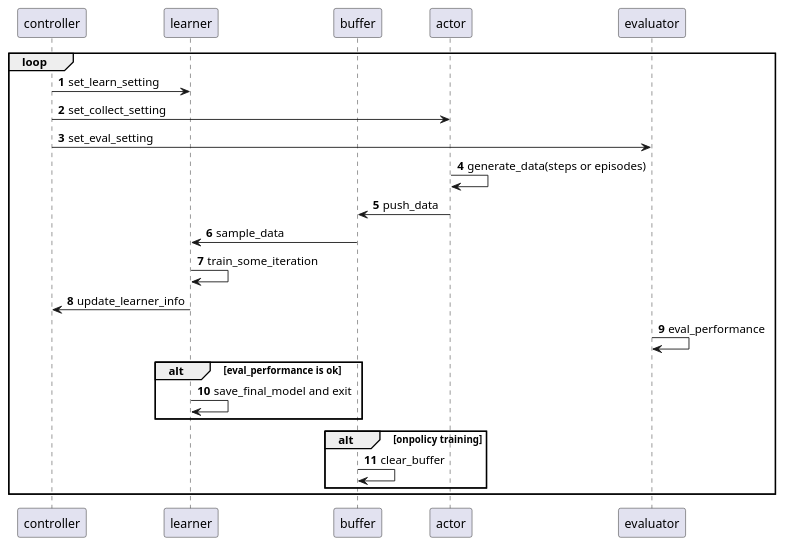
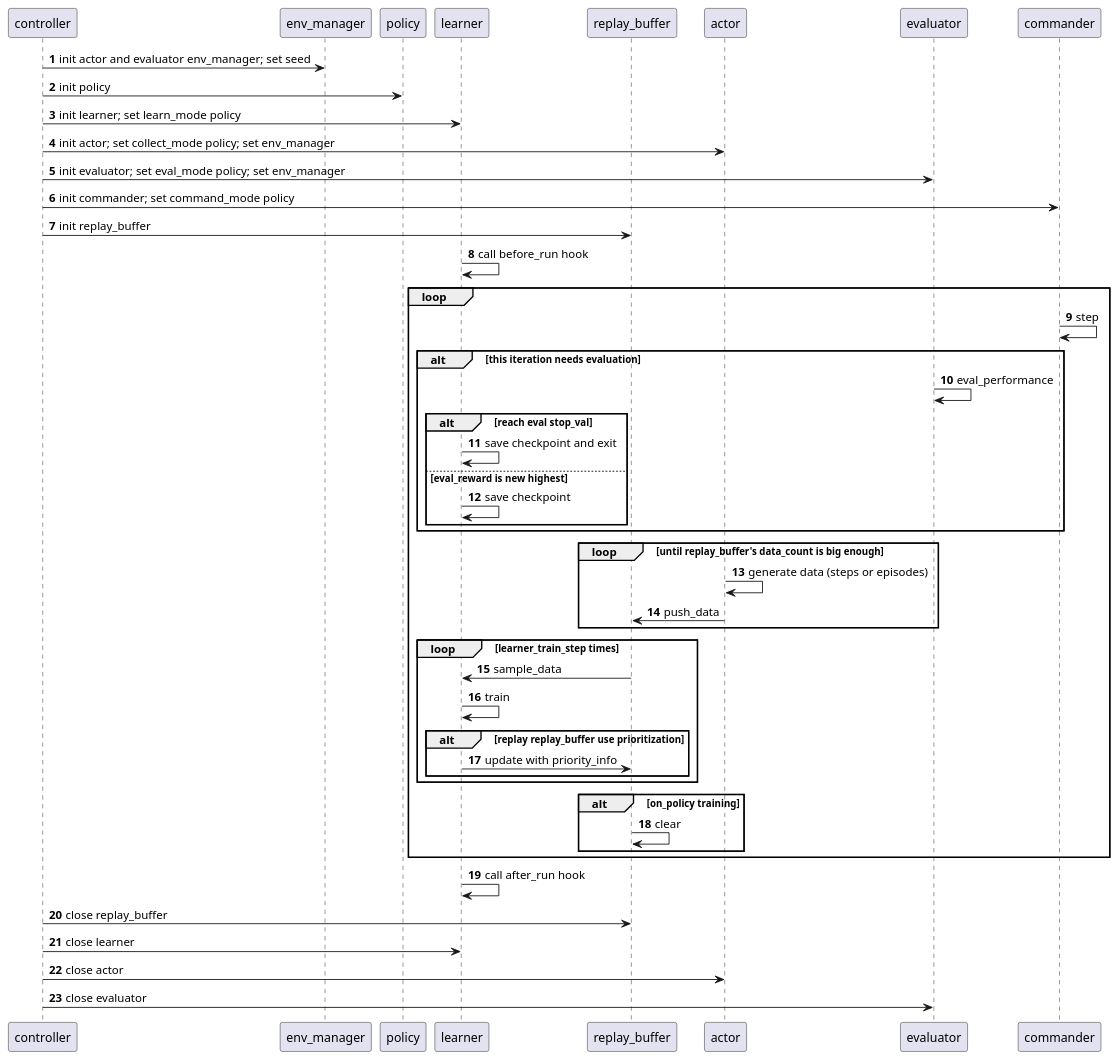
Before and after one commit to opendilab/DI-engine: the diagram in nervex/design/serial_main.puml, drawn with PlantUML. The commit also changed 9 other files, not shown here.

Commit message:
modify serial design uml

```diff
--- a/nervex/design/serial_main.puml
+++ b/nervex/design/serial_main.puml
@@ -1,27 +1,50 @@
-@startuml
+@startuml serial_main
 participant controller
+participant env_manager
+participant policy
 participant learner
-participant buffer
+participant replay_buffer
 participant actor
 participant evaluator
+participant commander
+autonumber
 
+controller -> env_manager: init actor and evaluator env_manager; set seed
+controller -> policy: init policy
+controller -> learner: init learner; set learn_mode policy
+controller -> actor: init actor; set collect_mode policy; set env_manager
+controller -> evaluator: init evaluator; set eval_mode policy; set env_manager
+controller -> commander: init commander; set command_mode policy
+controller -> replay_buffer: init replay_buffer
+learner -> learner: call before_run hook
 loop
-  autonumber
-  controller -> learner: set_learn_setting
-  controller -> actor: set_collect_setting
-  controller -> evaluator: set_eval_setting
-  actor -> actor : generate_data(steps or episodes)
-  actor -> buffer : push_data
-  buffer -> learner : sample_data
-  learner -> learner : train_some_iteration
-  learner -> controller : update_learner_info
-  evaluator -> evaluator : eval_performance
-  alt eval_performance is ok
-    learner -> learner : save_final_model and exit
+  commander -> commander: step
+  alt this iteration needs evaluation
+    evaluator -> evaluator: eval_performance
+    alt reach eval stop_val
+      learner -> learner: save checkpoint and exit
+    else eval_reward is new highest
+      learner -> learner: save checkpoint
+    end
   end
-  alt onpolicy training
-    buffer -> buffer : clear_buffer
+  loop until replay_buffer's data_count is big enough
+    actor -> actor: generate data (steps or episodes)
+    actor -> replay_buffer: push_data
+  end
+  loop learner_train_step times
+    replay_buffer -> learner: sample_data
+    learner -> learner: train
+    alt replay replay_buffer use prioritization
+      learner -> replay_buffer: update with priority_info
+    end
+  end
+  alt on_policy training
+    replay_buffer -> replay_buffer: clear
   end
 end
-
+learner -> learner: call after_run hook
+controller -> replay_buffer: close replay_buffer
+controller -> learner: close learner
+controller -> actor: close actor
+controller -> evaluator: close evaluator
 @enduml
```
